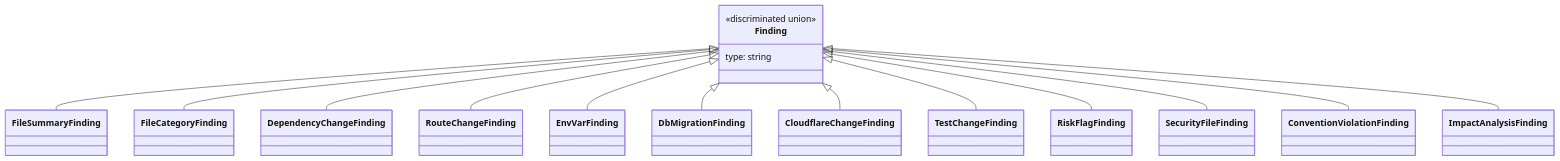
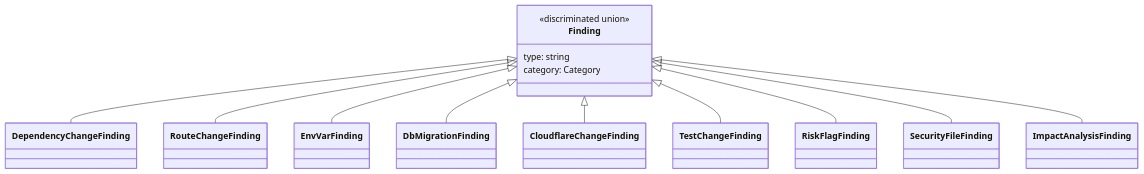
The diagram in docs/04-types/findings.md (better-vibe/branch-narrator), drawn with Mermaid before and after one commit. The commit also changed other lines of this file and 7 other files, not shown here.

First line of the commit message:
feat: implement schema version 2.0 for changeset structure

````diff
--- a/docs/04-types/findings.md
+++ b/docs/04-types/findings.md
@@ -25,20 +40,18 @@
 ```mermaid
 classDiagram
-    Finding <|-- FileSummaryFinding
-    Finding <|-- FileCategoryFinding
     Finding <|-- DependencyChangeFinding
     Finding <|-- RouteChangeFinding
     Finding <|-- EnvVarFinding
     Finding <|-- DbMigrationFinding
     Finding <|-- CloudflareChangeFinding
     Finding <|-- TestChangeFinding
     Finding <|-- RiskFlagFinding
     Finding <|-- SecurityFileFinding
-    Finding <|-- ConventionViolationFinding
     Finding <|-- ImpactAnalysisFinding
 
     class Finding {
         <<discriminated union>>
         type: string
+        category: Category
     }
 ```
````
